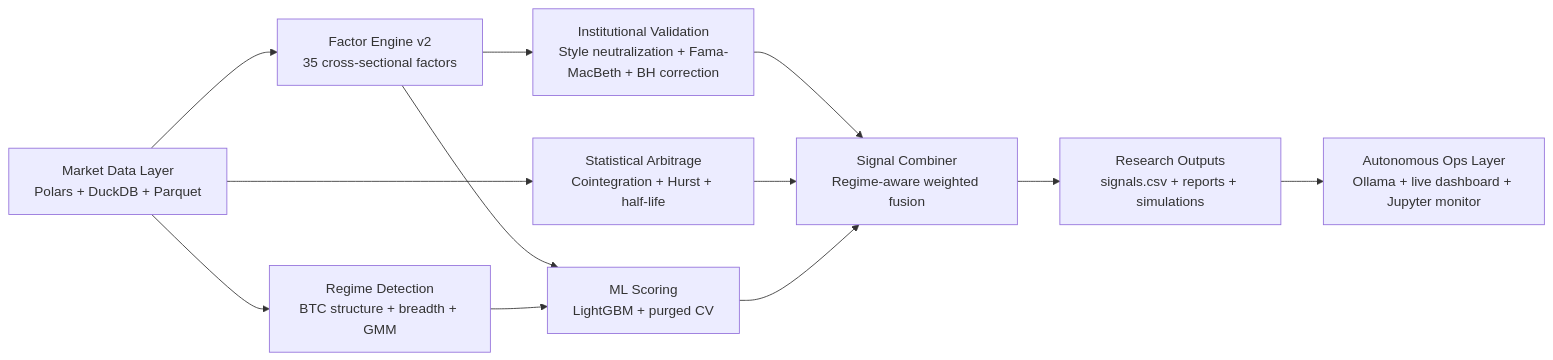
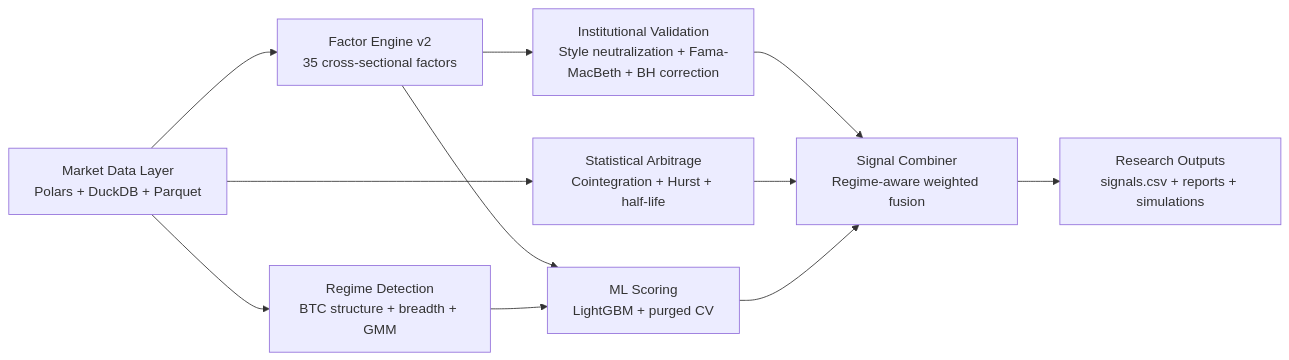
Before and after one commit to gitdhirajsv/Azalyst-Alpha-Research-Engine: the diagram in README.md, drawn with Mermaid. The commit also changed other lines of this file and 1 other file, not shown here.

Commit message:
Finalize README and fix Jupyter monitor refresh

````diff
--- a/README.md
+++ b/README.md
@@ -35,14 +31,13 @@
 ```mermaid
 flowchart LR
     A["Market Data Layer\nPolars + DuckDB + Parquet"] --> B["Factor Engine v2\n35 cross-sectional factors"]
     B --> C["Institutional Validation\nStyle neutralization + Fama-MacBeth + BH correction"]
     A --> D["Statistical Arbitrage\nCointegration + Hurst + half-life"]
     A --> E["Regime Detection\nBTC structure + breadth + GMM"]
     B --> F["ML Scoring\nLightGBM + purged CV"]
     E --> F
     C --> G["Signal Combiner\nRegime-aware weighted fusion"]
     D --> G
     F --> G
     G --> H["Research Outputs\nsignals.csv + reports + simulations"]
-    H --> I["Autonomous Ops Layer\nOllama + live dashboard + Jupyter monitor"]
 ```
````
